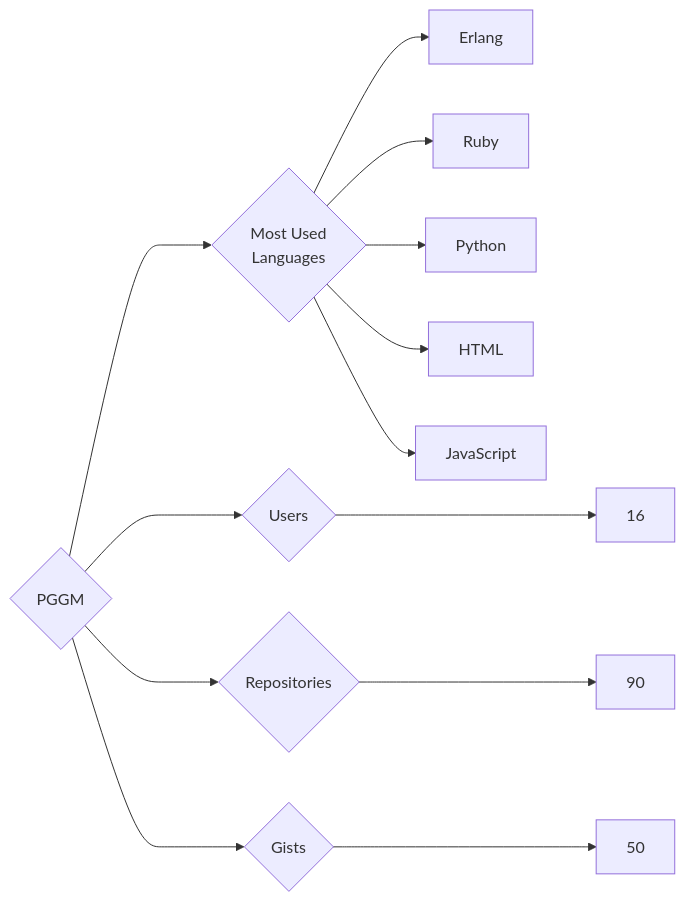
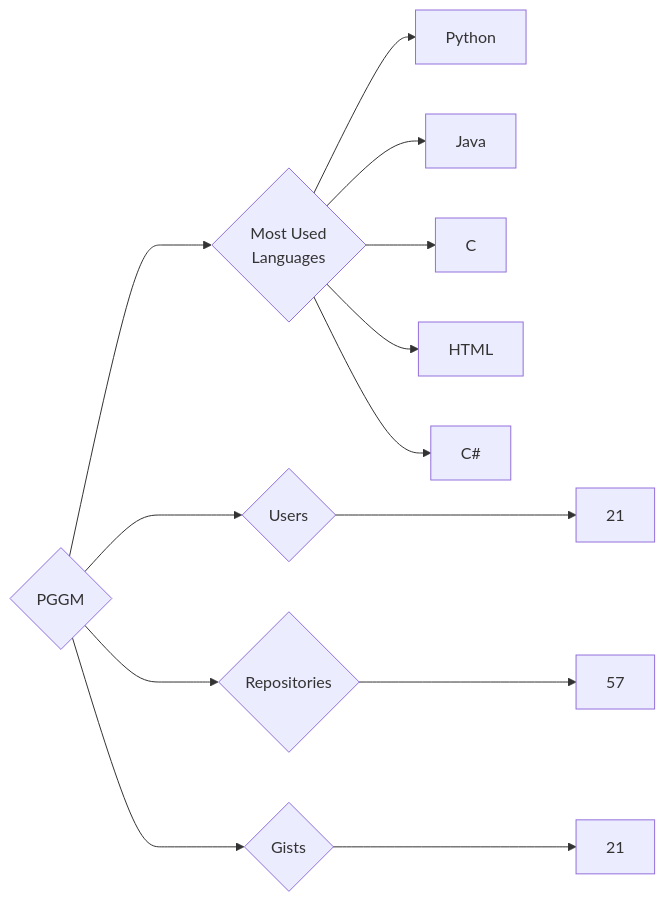
The diagram in targets/PGGM/README.md (trickest/insiders), drawn with Mermaid before and after one commit. The commit also changed 773 other files, not shown here.

````diff
--- a/targets/PGGM/README.md
+++ b/targets/PGGM/README.md
@@ -3,13 +3,13 @@
 ```mermaid
 graph LR
 COMPANY_NAME{PGGM}
-COMPANY_NAME ---> U{Users} ---> UN[16]
-COMPANY_NAME ---> R{Repositories} ---> RN[90]
-COMPANY_NAME ---> G{Gists} ---> GN[50]
+COMPANY_NAME ---> U{Users} ---> UN[21]
+COMPANY_NAME ---> R{Repositories} ---> RN[57]
+COMPANY_NAME ---> G{Gists} ---> GN[21]
 COMPANY_NAME ---> ML{Most Used<br>Languages}
-ML --> Erlang[Erlang]
-ML --> Ruby[Ruby]
 ML --> Python[Python]
+ML --> Java[Java]
+ML --> C[C]
 ML --> HTML[HTML]
-ML --> JavaScript[JavaScript]
+ML --> C#[C#]
 ```
````
